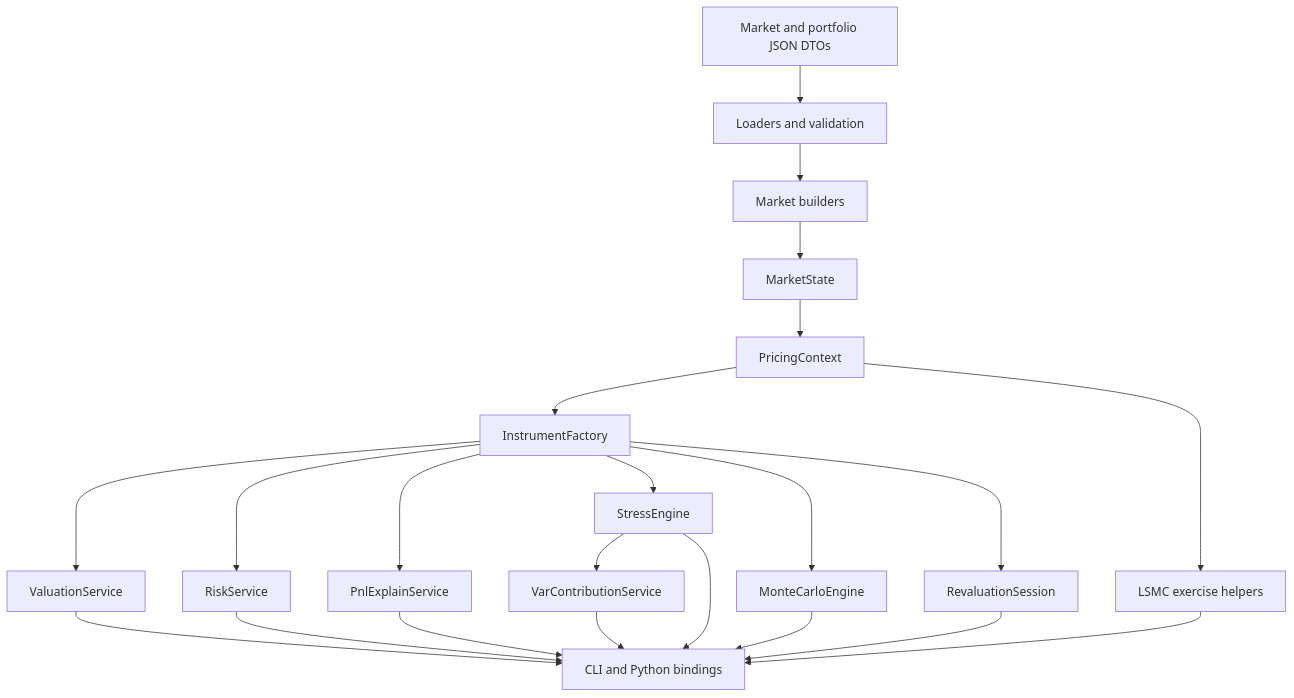
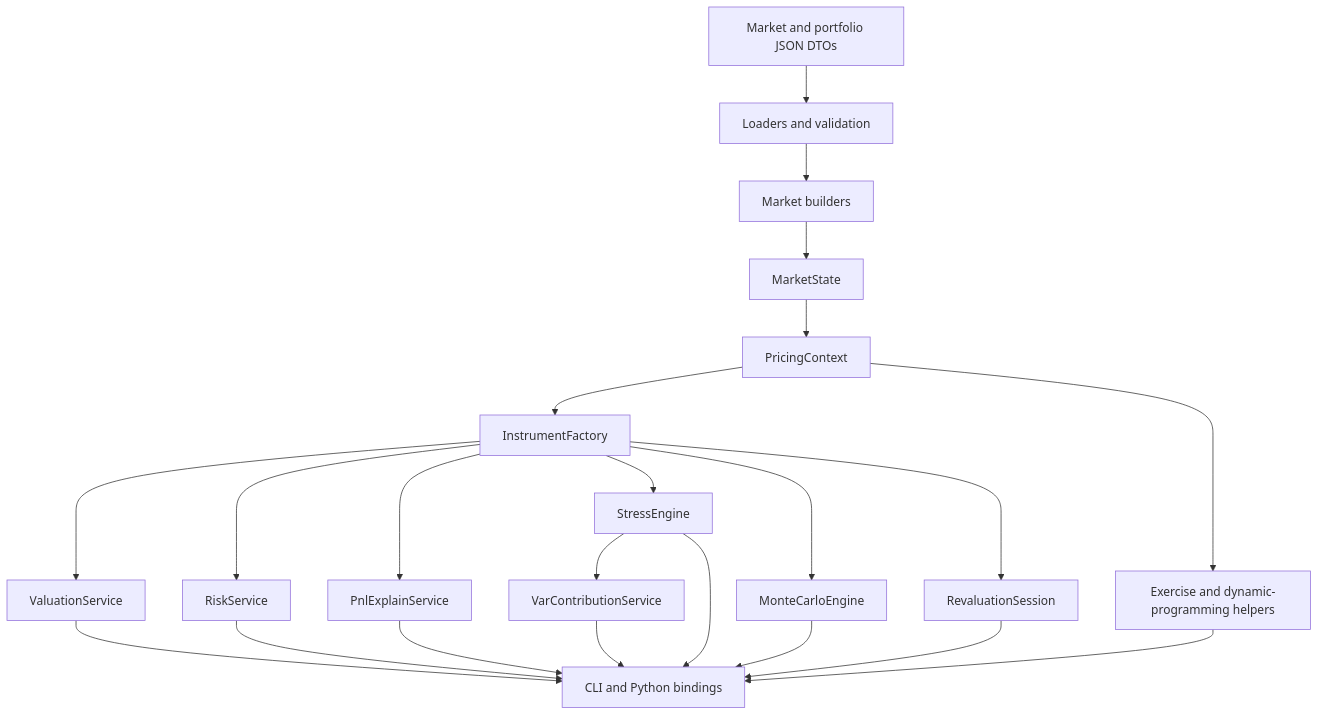
Before and after one commit to b-io/quant-risk-platform: the first of 3 diagrams in docs/architecture/ARCHITECTURE.md, drawn with Mermaid. The commit also changed 4 other files, not shown here.

````diff
--- a/docs/architecture/ARCHITECTURE.md
+++ b/docs/architecture/ARCHITECTURE.md
@@ -20,24 +20,24 @@
 ```mermaid
 flowchart TD
     A[Market and portfolio JSON DTOs] --> B[Loaders and validation]
     B --> C[Market builders]
     C --> D[MarketState]
     D --> E[PricingContext]
     E --> F[InstrumentFactory]
     F --> G[ValuationService]
     F --> H[RiskService]
     F --> I[PnlExplainService]
     F --> J[StressEngine]
     F --> K[MonteCarloEngine]
     F --> R[RevaluationSession]
     J --> V[VarContributionService]
     G --> L[CLI and Python bindings]
     H --> L
     I --> L
     J --> L
     K --> L
     R --> L
     V --> L
-    E --> X[LSMC exercise helpers]
+    E --> X[Exercise and dynamic-programming helpers]
     X --> L
 ```
````
